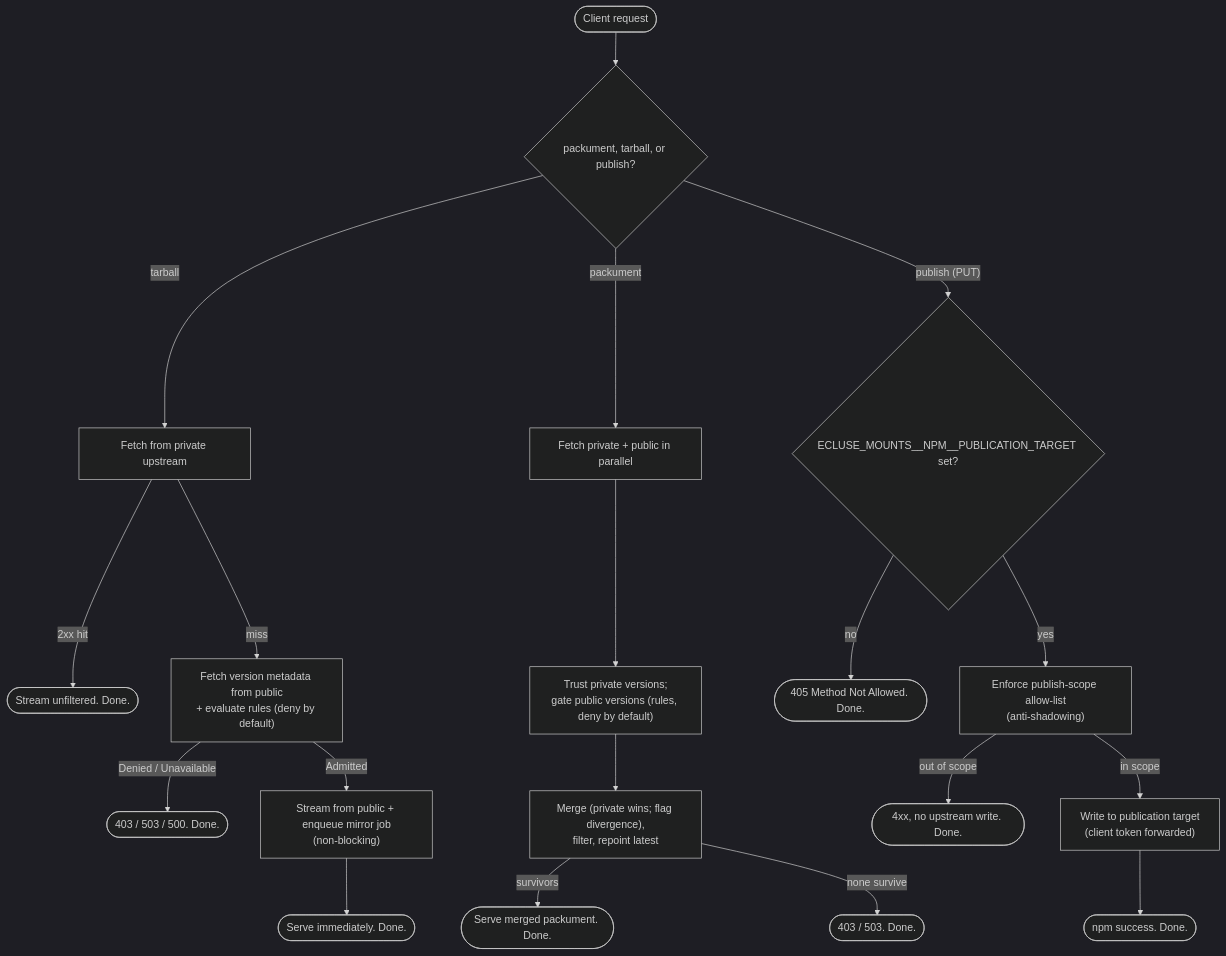
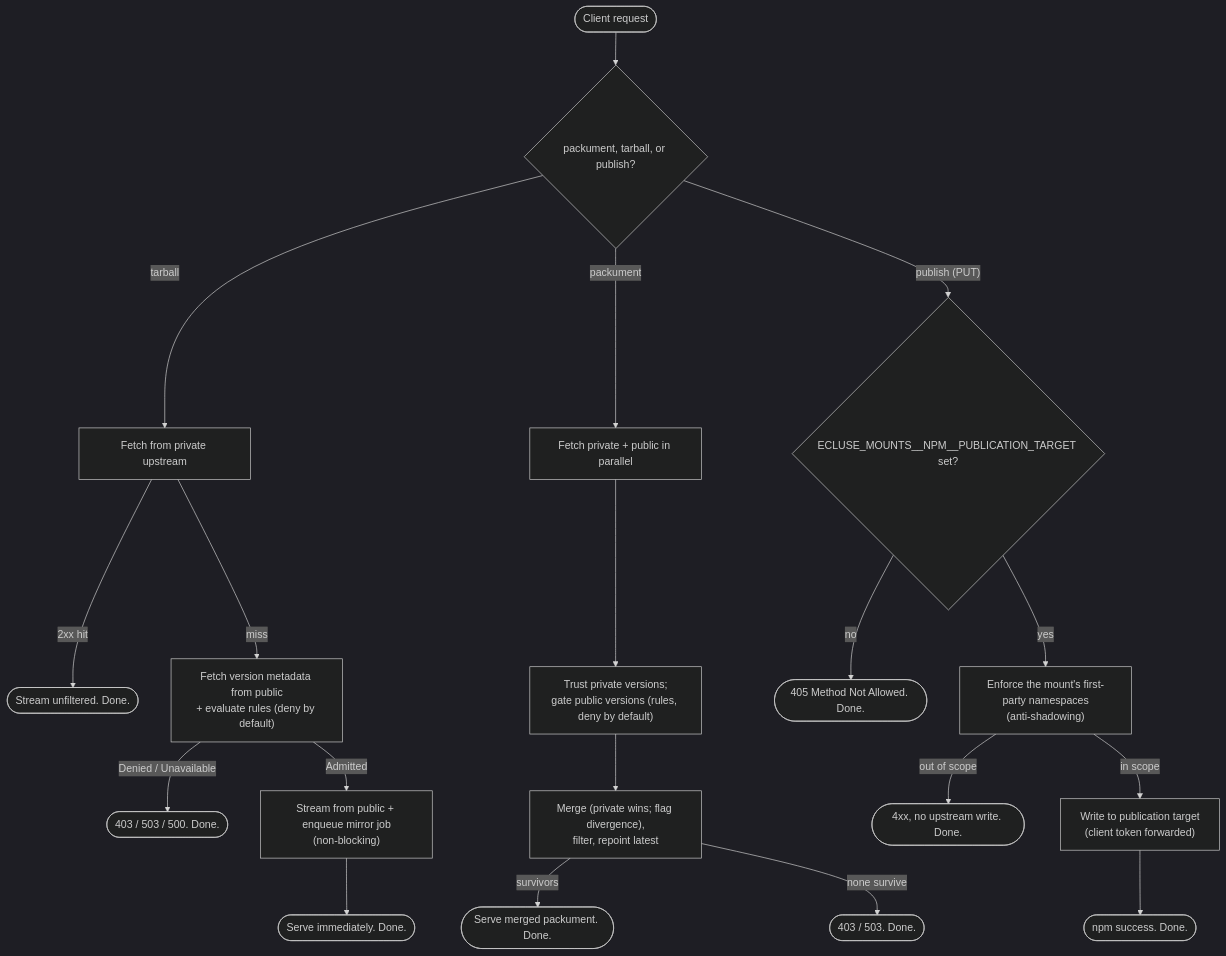
The second of 2 diagrams in docs/architecture.md (AlexaDeWit/Ecluse), drawn with Mermaid (dark theme) before and after one commit. The commit also changed other lines of this file and 39 other files, not shown here.

First line of the commit message:
feat(config): make the first-party namespace a privilege at serve and publish (#1138)

````diff
--- a/docs/architecture.md
+++ b/docs/architecture.md
@@ -81,24 +81,24 @@
 ```mermaid
 flowchart TD
     C(["Client request"]) --> K{"packument, tarball, or publish?"}
 
     K -->|"tarball"| T1["Fetch from private upstream"]
     T1 -->|"2xx hit"| TSV(["Stream unfiltered. Done."])
     T1 -->|"miss"| T2["Fetch version metadata from public<br/>+ evaluate rules (deny by default)"]
     T2 -->|"Denied / Unavailable"| TD(["403 / 503 / 500. Done."])
     T2 -->|"Admitted"| T3["Stream from public + enqueue mirror job<br/>(non-blocking)"]
     T3 --> TSV2(["Serve immediately. Done."])
 
     K -->|"packument"| P1["Fetch private + public in parallel"]
     P1 --> P2["Trust private versions;<br/>gate public versions (rules, deny by default)"]
     P2 --> P3["Merge (private wins; flag divergence),<br/>filter, repoint latest"]
     P3 -->|"survivors"| PSV(["Serve merged packument. Done."])
     P3 -->|"none survive"| PD(["403 / 503. Done."])
 
     K -->|"publish (PUT)"| W1{"ECLUSE_MOUNTS__NPM__PUBLICATION_TARGET set?"}
     W1 -->|"no"| W405(["405 Method Not Allowed. Done."])
-    W1 -->|"yes"| W2["Enforce publish-scope allow-list<br/>(anti-shadowing)"]
+    W1 -->|"yes"| W2["Enforce the mount's first-party namespaces<br/>(anti-shadowing)"]
     W2 -->|"out of scope"| WR(["4xx, no upstream write. Done."])
     W2 -->|"in scope"| W3["Write to publication target<br/>(client token forwarded)"]
     W3 --> WSV(["npm success. Done."])
 ```
````
